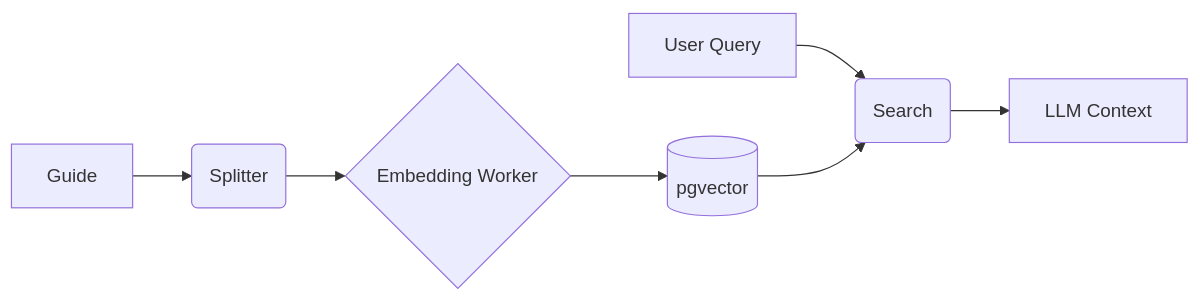
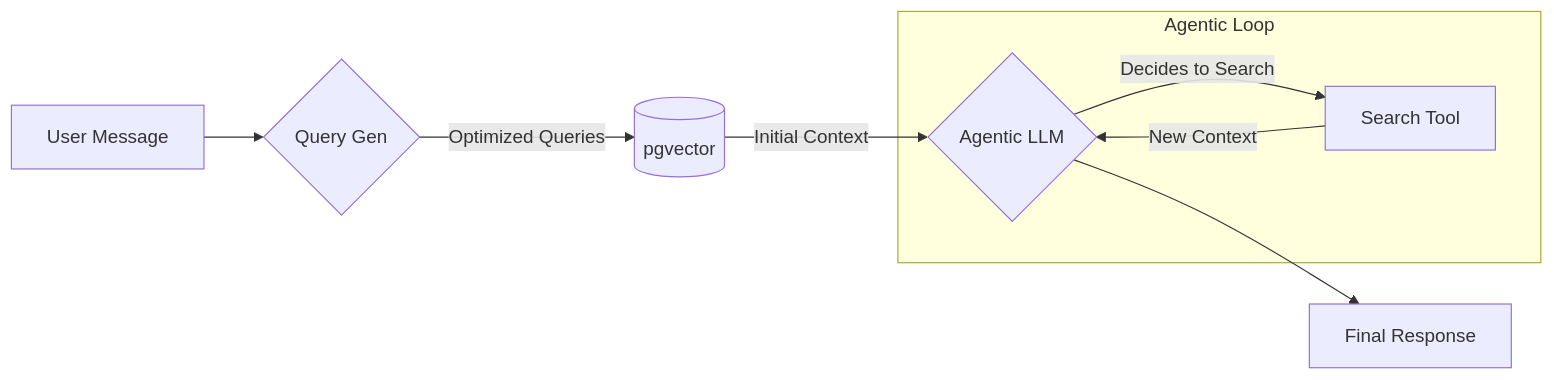
Before and after one commit to TutorFx/diamondlm: the diagram in DOCS/RAG.md, drawn with Mermaid. The commit also changed other lines of this file, not shown here.

Commit message:
docs: Describe RAG process with new proactive and agentic retrieval layers and updated diagram.

````diff
--- a/DOCS/RAG.md
+++ b/DOCS/RAG.md
@@ -14,9 +15,13 @@
 ```mermaid
 graph LR
-    A[Guide] --> B(Splitter)
-    B --> C{Embedding Worker}
-    C --> D[(pgvector)]
-    E[User Query] --> F(Search)
-    D --> F
-    F --> G[LLM Context]
+    User[User Message] --> QGen{Query Gen}
+    QGen -->|Optimized Queries| VectorDB[(pgvector)]
+    VectorDB -->|Initial Context| Agent{Agentic LLM}
+    
+    subgraph Agentic Loop
+    Agent -->|Decides to Search| Tool[Search Tool]
+    Tool -->|New Context| Agent
+    end
+
+    Agent --> Final[Final Response]
 ```
````
